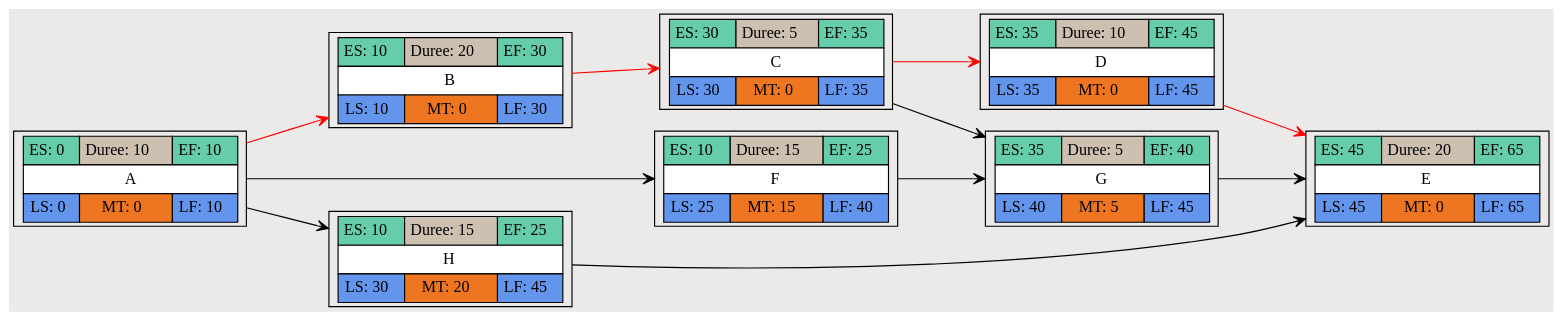
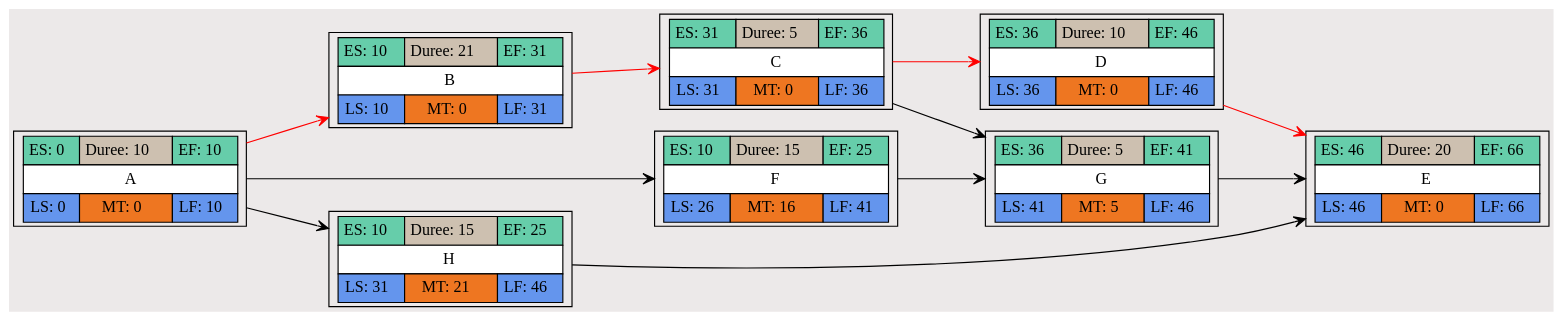
One commit to Akouzeha/PertFinder changed the diagram in public/charts/test123.dot. Above: the diagram before and after it, drawn with Graphviz. The commit also changed 7 other files, not shown here.

```diff
--- a/public/charts/test123.dot
+++ b/public/charts/test123.dot
@@ -1,65 +1,65 @@
 digraph PERT {
   rankdir=LR;
   ranksep=1;
   node [shape=record];
   edge [arrowhead=vee];
   bgcolor="#ECE9E9";
   92 [label=<<TABLE BORDER='0' CELLBORDER='1' CELLSPACING='0' CELLPADDING='4'>
         <TR><TD BGCOLOR= 'aquamarine3'>ES: 0</TD><TD BGCOLOR= 'antiquewhite3'>Duree: 10</TD><TD BGCOLOR= 'aquamarine3'>EF: 10</TD></TR>
         <TR><TD BGCOLOR= 'white' COLSPAN='3'>A</TD></TR>
         <TR><TD BGCOLOR= 'cornflowerblue'>LS: 0</TD><TD BGCOLOR= 'chocolate2'>MT: 0</TD><TD BGCOLOR= 'cornflowerblue'>LF: 10</TD></TR>
         
         </TABLE>>]
   93 [label=<<TABLE BORDER='0' CELLBORDER='1' CELLSPACING='0' CELLPADDING='4'>
-        <TR><TD BGCOLOR= 'aquamarine3'>ES: 10</TD><TD BGCOLOR= 'antiquewhite3'>Duree: 20</TD><TD BGCOLOR= 'aquamarine3'>EF: 30</TD></TR>
+        <TR><TD BGCOLOR= 'aquamarine3'>ES: 10</TD><TD BGCOLOR= 'antiquewhite3'>Duree: 21</TD><TD BGCOLOR= 'aquamarine3'>EF: 31</TD></TR>
         <TR><TD BGCOLOR= 'white' COLSPAN='3'>B</TD></TR>
-        <TR><TD BGCOLOR= 'cornflowerblue'>LS: 10</TD><TD BGCOLOR= 'chocolate2'>MT: 0</TD><TD BGCOLOR= 'cornflowerblue'>LF: 30</TD></TR>
+        <TR><TD BGCOLOR= 'cornflowerblue'>LS: 10</TD><TD BGCOLOR= 'chocolate2'>MT: 0</TD><TD BGCOLOR= 'cornflowerblue'>LF: 31</TD></TR>
         
         </TABLE>>]
   94 [label=<<TABLE BORDER='0' CELLBORDER='1' CELLSPACING='0' CELLPADDING='4'>
-        <TR><TD BGCOLOR= 'aquamarine3'>ES: 30</TD><TD BGCOLOR= 'antiquewhite3'>Duree: 5</TD><TD BGCOLOR= 'aquamarine3'>EF: 35</TD></TR>
+        <TR><TD BGCOLOR= 'aquamarine3'>ES: 31</TD><TD BGCOLOR= 'antiquewhite3'>Duree: 5</TD><TD BGCOLOR= 'aquamarine3'>EF: 36</TD></TR>
         <TR><TD BGCOLOR= 'white' COLSPAN='3'>C</TD></TR>
-        <TR><TD BGCOLOR= 'cornflowerblue'>LS: 30</TD><TD BGCOLOR= 'chocolate2'>MT: 0</TD><TD BGCOLOR= 'cornflowerblue'>LF: 35</TD></TR>
+        <TR><TD BGCOLOR= 'cornflowerblue'>LS: 31</TD><TD BGCOLOR= 'chocolate2'>MT: 0</TD><TD BGCOLOR= 'cornflowerblue'>LF: 36</TD></TR>
         
         </TABLE>>]
   95 [label=<<TABLE BORDER='0' CELLBORDER='1' CELLSPACING='0' CELLPADDING='4'>
-        <TR><TD BGCOLOR= 'aquamarine3'>ES: 35</TD><TD BGCOLOR= 'antiquewhite3'>Duree: 10</TD><TD BGCOLOR= 'aquamarine3'>EF: 45</TD></TR>
+        <TR><TD BGCOLOR= 'aquamarine3'>ES: 36</TD><TD BGCOLOR= 'antiquewhite3'>Duree: 10</TD><TD BGCOLOR= 'aquamarine3'>EF: 46</TD></TR>
         <TR><TD BGCOLOR= 'white' COLSPAN='3'>D</TD></TR>
-        <TR><TD BGCOLOR= 'cornflowerblue'>LS: 35</TD><TD BGCOLOR= 'chocolate2'>MT: 0</TD><TD BGCOLOR= 'cornflowerblue'>LF: 45</TD></TR>
+        <TR><TD BGCOLOR= 'cornflowerblue'>LS: 36</TD><TD BGCOLOR= 'chocolate2'>MT: 0</TD><TD BGCOLOR= 'cornflowerblue'>LF: 46</TD></TR>
         
         </TABLE>>]
   96 [label=<<TABLE BORDER='0' CELLBORDER='1' CELLSPACING='0' CELLPADDING='4'>
-        <TR><TD BGCOLOR= 'aquamarine3'>ES: 45</TD><TD BGCOLOR= 'antiquewhite3'>Duree: 20</TD><TD BGCOLOR= 'aquamarine3'>EF: 65</TD></TR>
+        <TR><TD BGCOLOR= 'aquamarine3'>ES: 46</TD><TD BGCOLOR= 'antiquewhite3'>Duree: 20</TD><TD BGCOLOR= 'aquamarine3'>EF: 66</TD></TR>
         <TR><TD BGCOLOR= 'white' COLSPAN='3'>E</TD></TR>
-        <TR><TD BGCOLOR= 'cornflowerblue'>LS: 45</TD><TD BGCOLOR= 'chocolate2'>MT: 0</TD><TD BGCOLOR= 'cornflowerblue'>LF: 65</TD></TR>
+        <TR><TD BGCOLOR= 'cornflowerblue'>LS: 46</TD><TD BGCOLOR= 'chocolate2'>MT: 0</TD><TD BGCOLOR= 'cornflowerblue'>LF: 66</TD></TR>
         
         </TABLE>>]
   97 [label=<<TABLE BORDER='0' CELLBORDER='1' CELLSPACING='0' CELLPADDING='4'>
         <TR><TD BGCOLOR= 'aquamarine3'>ES: 10</TD><TD BGCOLOR= 'antiquewhite3'>Duree: 15</TD><TD BGCOLOR= 'aquamarine3'>EF: 25</TD></TR>
         <TR><TD BGCOLOR= 'white' COLSPAN='3'>F</TD></TR>
-        <TR><TD BGCOLOR= 'cornflowerblue'>LS: 25</TD><TD BGCOLOR= 'chocolate2'>MT: 15</TD><TD BGCOLOR= 'cornflowerblue'>LF: 40</TD></TR>
+        <TR><TD BGCOLOR= 'cornflowerblue'>LS: 26</TD><TD BGCOLOR= 'chocolate2'>MT: 16</TD><TD BGCOLOR= 'cornflowerblue'>LF: 41</TD></TR>
         
         </TABLE>>]
   98 [label=<<TABLE BORDER='0' CELLBORDER='1' CELLSPACING='0' CELLPADDING='4'>
-        <TR><TD BGCOLOR= 'aquamarine3'>ES: 35</TD><TD BGCOLOR= 'antiquewhite3'>Duree: 5</TD><TD BGCOLOR= 'aquamarine3'>EF: 40</TD></TR>
+        <TR><TD BGCOLOR= 'aquamarine3'>ES: 36</TD><TD BGCOLOR= 'antiquewhite3'>Duree: 5</TD><TD BGCOLOR= 'aquamarine3'>EF: 41</TD></TR>
         <TR><TD BGCOLOR= 'white' COLSPAN='3'>G</TD></TR>
-        <TR><TD BGCOLOR= 'cornflowerblue'>LS: 40</TD><TD BGCOLOR= 'chocolate2'>MT: 5</TD><TD BGCOLOR= 'cornflowerblue'>LF: 45</TD></TR>
+        <TR><TD BGCOLOR= 'cornflowerblue'>LS: 41</TD><TD BGCOLOR= 'chocolate2'>MT: 5</TD><TD BGCOLOR= 'cornflowerblue'>LF: 46</TD></TR>
         
         </TABLE>>]
   99 [label=<<TABLE BORDER='0' CELLBORDER='1' CELLSPACING='0' CELLPADDING='4'>
         <TR><TD BGCOLOR= 'aquamarine3'>ES: 10</TD><TD BGCOLOR= 'antiquewhite3'>Duree: 15</TD><TD BGCOLOR= 'aquamarine3'>EF: 25</TD></TR>
         <TR><TD BGCOLOR= 'white' COLSPAN='3'>H</TD></TR>
-        <TR><TD BGCOLOR= 'cornflowerblue'>LS: 30</TD><TD BGCOLOR= 'chocolate2'>MT: 20</TD><TD BGCOLOR= 'cornflowerblue'>LF: 45</TD></TR>
+        <TR><TD BGCOLOR= 'cornflowerblue'>LS: 31</TD><TD BGCOLOR= 'chocolate2'>MT: 21</TD><TD BGCOLOR= 'cornflowerblue'>LF: 46</TD></TR>
         
         </TABLE>>]
   92 -> 93 [color=red]
   93 -> 94 [color=red]
   94 -> 95 [color=red]
   98 -> 96
   95 -> 96 [color=red]
   99 -> 96
   92 -> 97
   92 -> 99
   94 -> 98
   97 -> 98
 }
```
